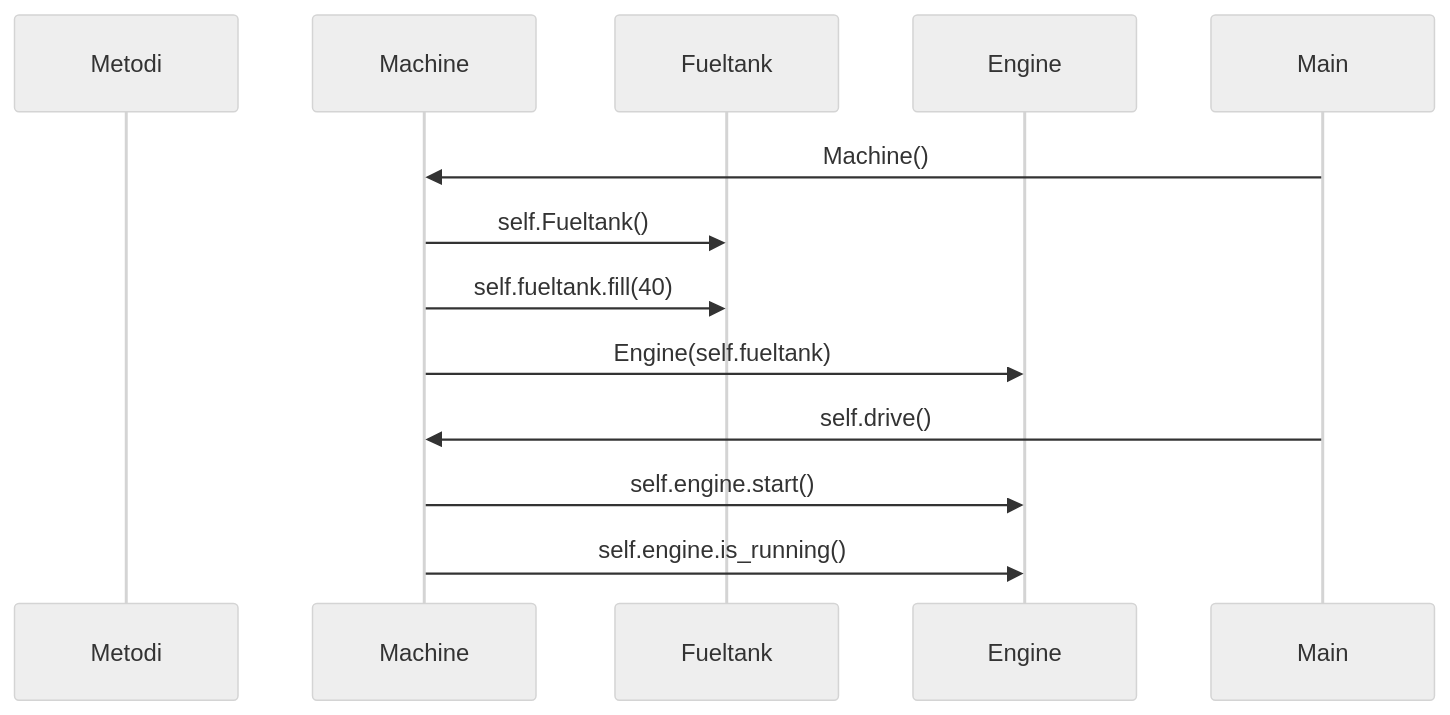
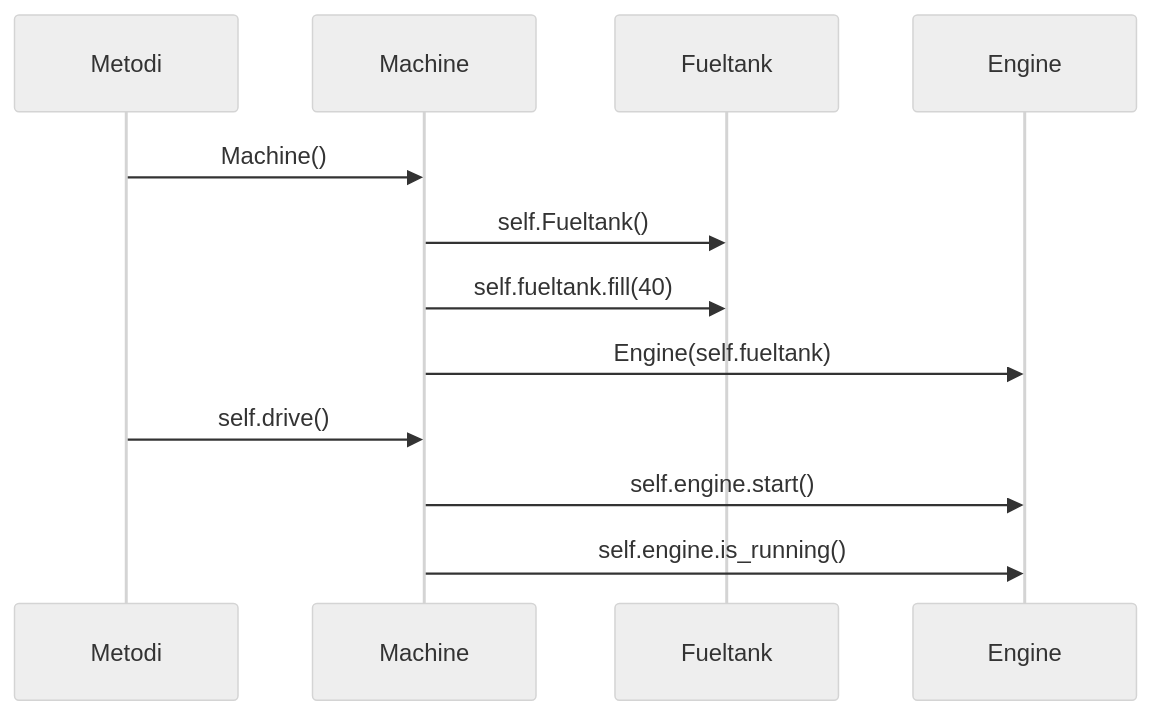
The diagram in laskarit/viikko3/Sekvenssikaavio.md (arolaeemil/ot-harjoitustyo), drawn with Mermaid (neutral theme) before and after one commit.

````diff
--- a/laskarit/viikko3/Sekvenssikaavio.md
+++ b/laskarit/viikko3/Sekvenssikaavio.md
@@ -1,15 +1,15 @@
 ```mermaid
  sequenceDiagram
     participant Metodi
     participant Machine
     participant Fueltank
     participant Engine
-    Main->>Machine: Machine()
+    Metodi->>Machine: Machine()
     Machine->>Fueltank: self.Fueltank()
     Machine->>Fueltank: self.fueltank.fill(40)
     Machine->>Engine: Engine(self.fueltank)
-    Main->>Machine: self.drive()
+    Metodi->>Machine: self.drive()
     Machine->>Engine: self.engine.start()
     Machine->>Engine: self.engine.is_running()
     
 ```
````
